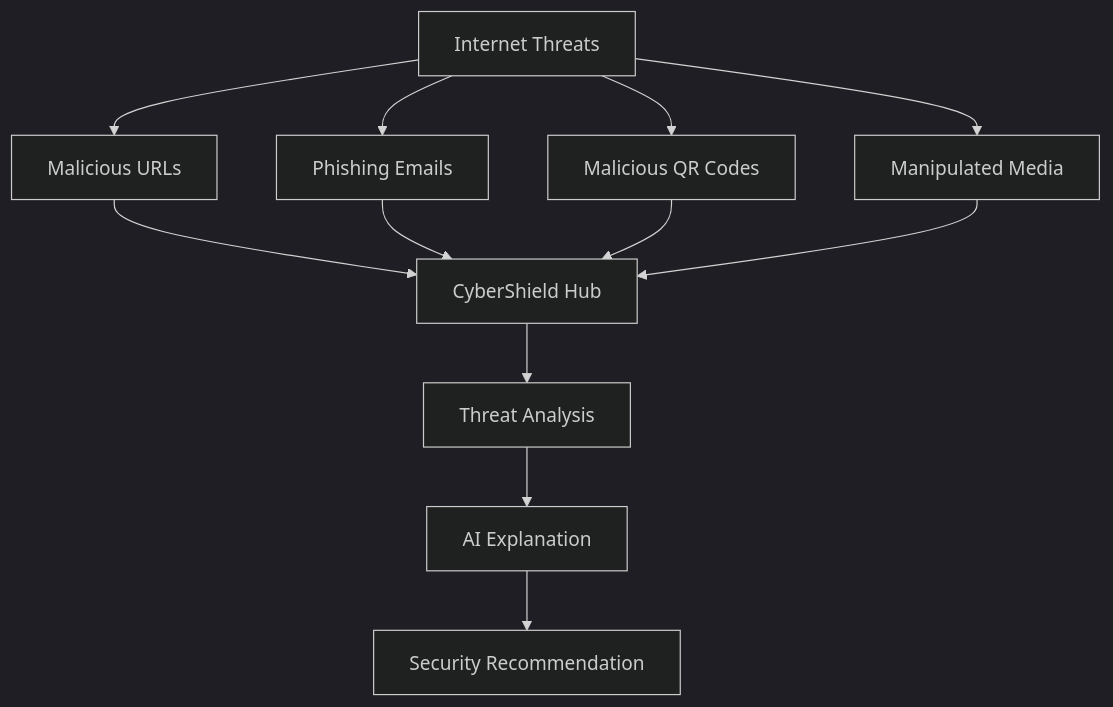
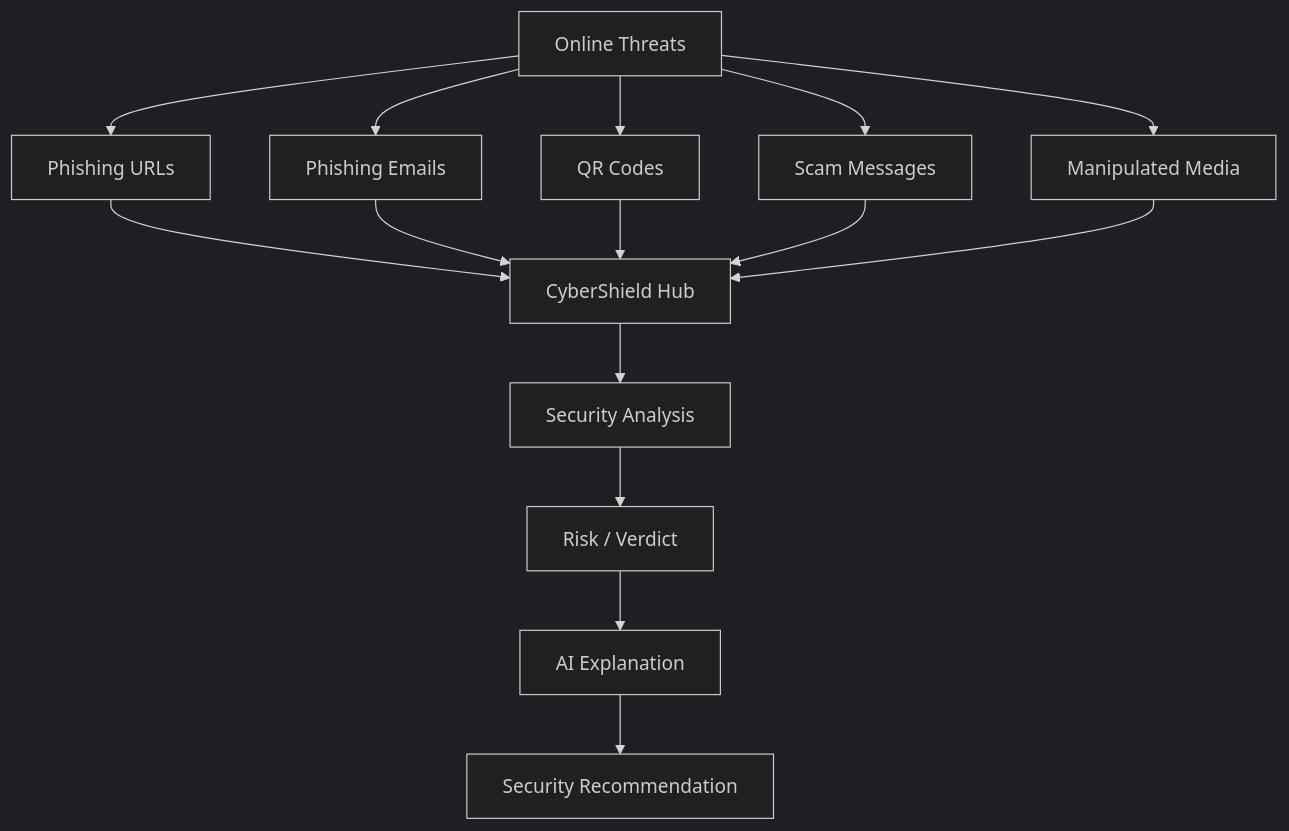
Before and after one commit to Satyamtiwari23/CyberSheild_Hub: the first of 5 diagrams in README.md, drawn with Mermaid (dark theme). The commit also changed other lines of this file, not shown here.

````diff
--- a/README.md
+++ b/README.md
@@ -26,14 +32,19 @@
 ```mermaid
 flowchart TD
-  A[Internet Threats] --> B[Malicious URLs]
+  A[Online Threats] --> B[Phishing URLs]
   A --> C[Phishing Emails]
-  A --> D[Malicious QR Codes]
-  A --> E[Manipulated Media]
-  B --> F[CyberShield Hub]
-  C --> F
-  D --> F
-  E --> F
-  F --> G[Threat Analysis]
-  G --> H[AI Explanation]
-  H --> I[Security Recommendation]
+  A --> D[QR Codes]
+  A --> E[Scam Messages]
+  A --> F[Manipulated Media]
+
+  B --> G[CyberShield Hub]
+  C --> G
+  D --> G
+  E --> G
+  F --> G
+
+  G --> H[Security Analysis]
+  H --> I[Risk / Verdict]
+  I --> J[AI Explanation]
+  J --> K[Security Recommendation]
 ```
````
